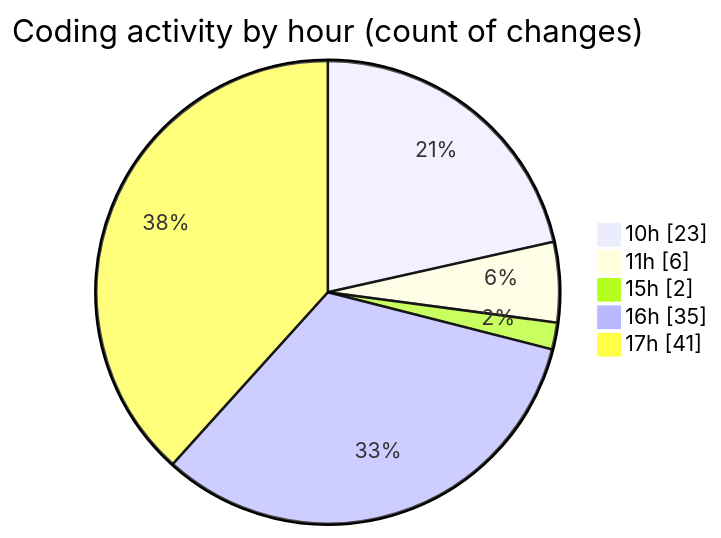
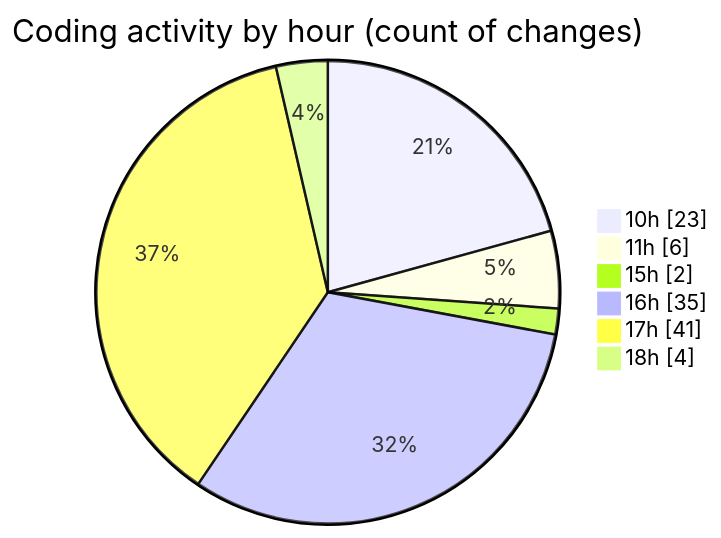
The second of 2 diagrams in 2026-05-04/nxtqube_webapp/README.md (nxtqubesakshisongat/code-tracking), drawn with Mermaid before and after one commit. The commit also changed other lines of this file and 1 other file, not shown here.

````diff
--- a/2026-05-04/nxtqube_webapp/README.md
+++ b/2026-05-04/nxtqube_webapp/README.md
@@ -38,9 +39,10 @@
 ```mermaid
 pie showData
 title Coding activity by hour (count of changes)
 "10h" : 23
 "11h" : 6
 "15h" : 2
 "16h" : 35
 "17h" : 41
+"18h" : 4
 ```
````
